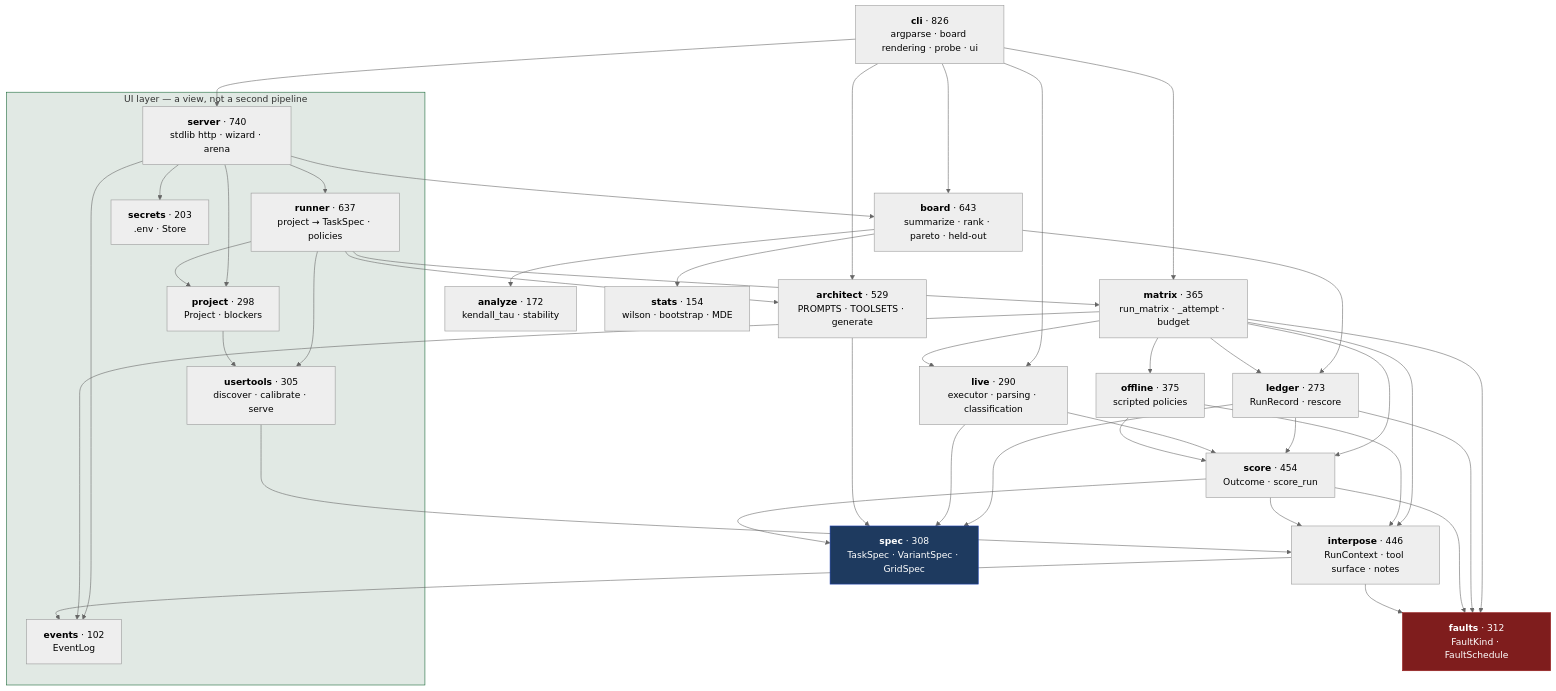
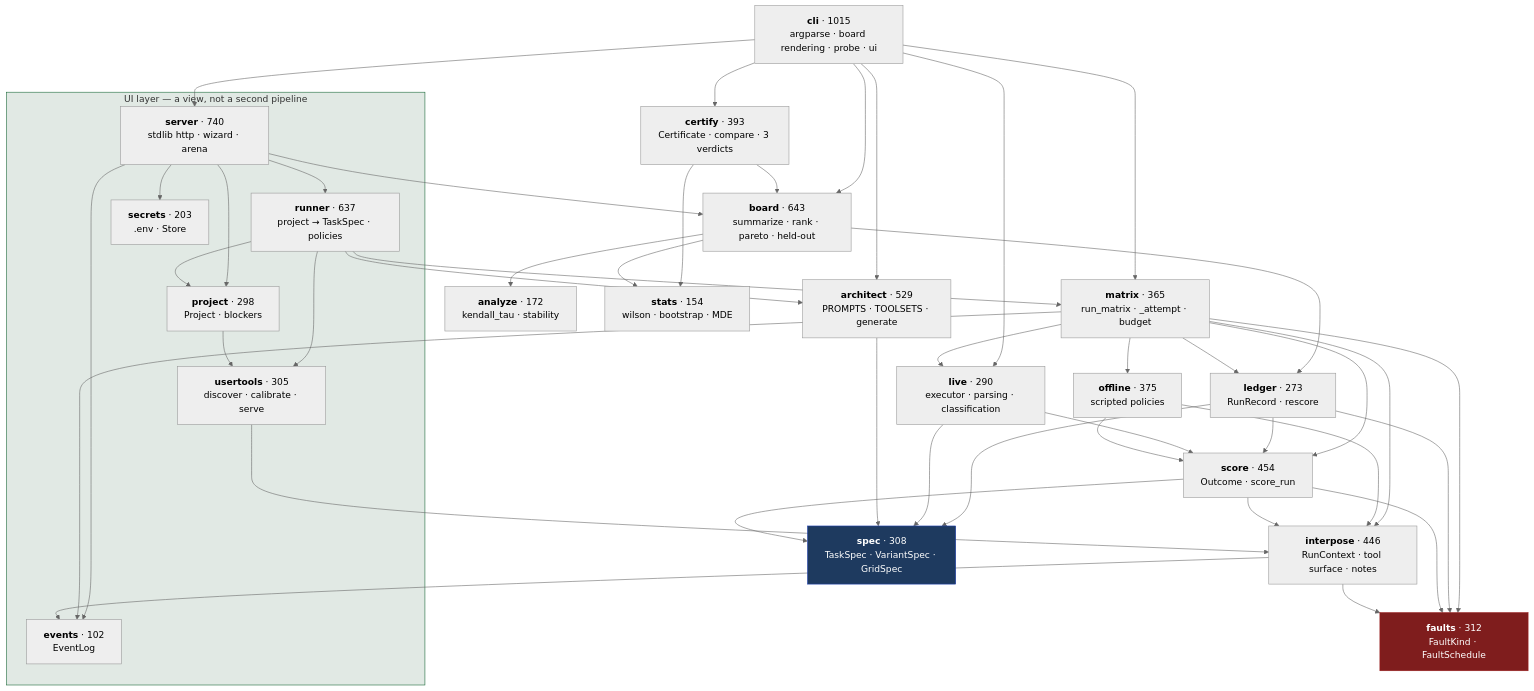
One commit to Mehul-Gupta-SMH/agent-gauntlet changed the first of 4 diagrams in docs/architecture/lld.md. Above: the diagram before and after it, drawn with Mermaid (neutral theme). The commit also changed other lines of this file and 10 other files, not shown here.

````diff
--- a/docs/architecture/lld.md
+++ b/docs/architecture/lld.md
@@ -9,43 +9,45 @@
 ```mermaid
 flowchart TD
     subgraph ui["UI layer — a view, not a second pipeline"]
         SERVER["<b>server</b> · 740<br/>stdlib http · wizard · arena"]
         RUNNER["<b>runner</b> · 637<br/>project → TaskSpec · policies"]
         USERT["<b>usertools</b> · 305<br/>discover · calibrate · serve"]
         PROJECT["<b>project</b> · 298<br/>Project · blockers"]
         SECRETS["<b>secrets</b> · 203<br/>.env · Store"]
         EVENTS["<b>events</b> · 102<br/>EventLog"]
     end
 
-    CLI["<b>cli</b> · 826<br/>argparse · board rendering · probe · ui"]
+    CLI["<b>cli</b> · 1015<br/>argparse · board rendering · probe · ui"]
     BOARD["<b>board</b> · 643<br/>summarize · rank · pareto · held-out"]
     ARCH["<b>architect</b> · 529<br/>PROMPTS · TOOLSETS · generate"]
     SCORE["<b>score</b> · 454<br/>Outcome · score_run"]
     INTER["<b>interpose</b> · 446<br/>RunContext · tool surface · notes"]
     OFFLINE["<b>offline</b> · 375<br/>scripted policies"]
     MATRIX["<b>matrix</b> · 365<br/>run_matrix · _attempt · budget"]
     FAULTS["<b>faults</b> · 312<br/>FaultKind · FaultSchedule"]
     SPEC["<b>spec</b> · 308<br/>TaskSpec · VariantSpec · GridSpec"]
     LIVE["<b>live</b> · 290<br/>executor · parsing · classification"]
     LEDGER["<b>ledger</b> · 273<br/>RunRecord · rescore"]
     ANALYZE["<b>analyze</b> · 172<br/>kendall_tau · stability"]
+    CERT["<b>certify</b> · 393<br/>Certificate · compare · 3 verdicts"]
     STATS["<b>stats</b> · 154<br/>wilson · bootstrap · MDE"]
 
-    CLI --> BOARD & MATRIX & ARCH & LIVE & SERVER
+    CLI --> BOARD & MATRIX & ARCH & LIVE & SERVER & CERT
+    CERT --> BOARD & STATS
     SERVER --> PROJECT & RUNNER & SECRETS & EVENTS & BOARD
     RUNNER --> MATRIX & USERT & PROJECT & ARCH
     PROJECT --> USERT
     USERT --> INTER
     BOARD --> LEDGER & ANALYZE & STATS
     MATRIX --> LEDGER & SCORE & LIVE & OFFLINE & INTER & FAULTS & EVENTS
     LEDGER --> SCORE & FAULTS & SPEC
     LIVE --> SCORE & SPEC
     OFFLINE --> INTER & SCORE
     ARCH --> SPEC
     SCORE --> INTER & FAULTS & SPEC
     INTER --> FAULTS & EVENTS
 
     style SPEC fill:#1e3a5f,stroke:#1e40af,color:#fff
     style FAULTS fill:#7f1d1d,stroke:#991b1b,color:#fff
     style ui fill:#14532d20,stroke:#166534
 ```
````
